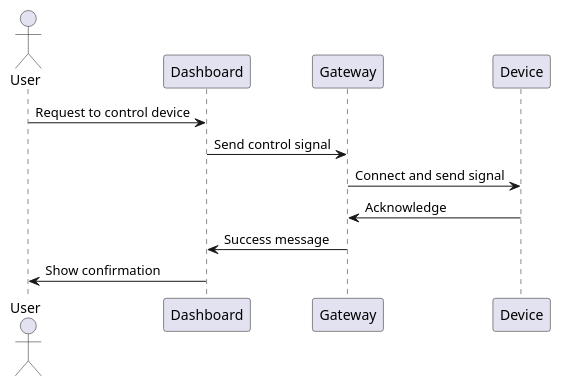
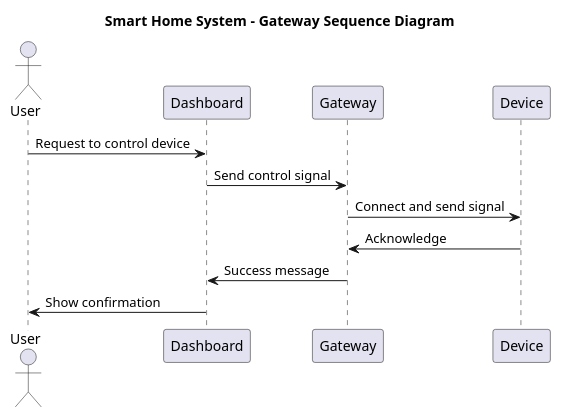
One commit to shirisha-p-tech/AmazonAtlasBatch2 changed the diagram in Day2_Design_Diagrams/Gateway_Sequence_Diagram.puml. Above: the diagram before and after it, drawn with PlantUML.

Commit message:
Gateway Sequence Diagram puml

```diff
--- a/Day2_Design_Diagrams/Gateway_Sequence_Diagram.puml
+++ b/Day2_Design_Diagrams/Gateway_Sequence_Diagram.puml
@@ -1,13 +1,15 @@
 @startuml
+
+title Smart Home System - Gateway Sequence Diagram
 actor User
 participant Dashboard
 participant Gateway
 participant Device
 
 User -> Dashboard : Request to control device
 Dashboard -> Gateway : Send control signal
 Gateway -> Device : Connect and send signal
 Device -> Gateway : Acknowledge
 Gateway -> Dashboard : Success message
 Dashboard -> User : Show confirmation
 @enduml
```
